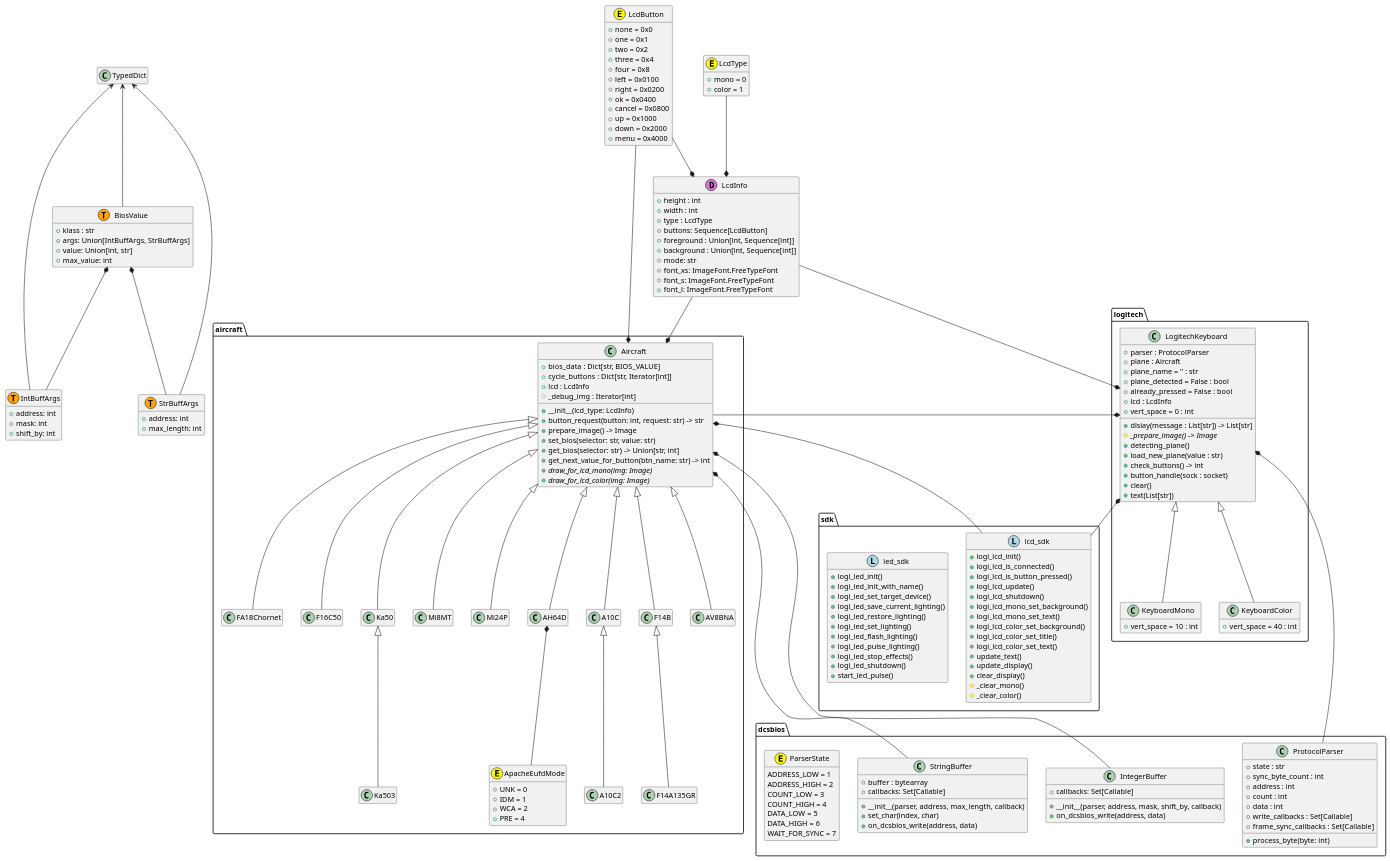
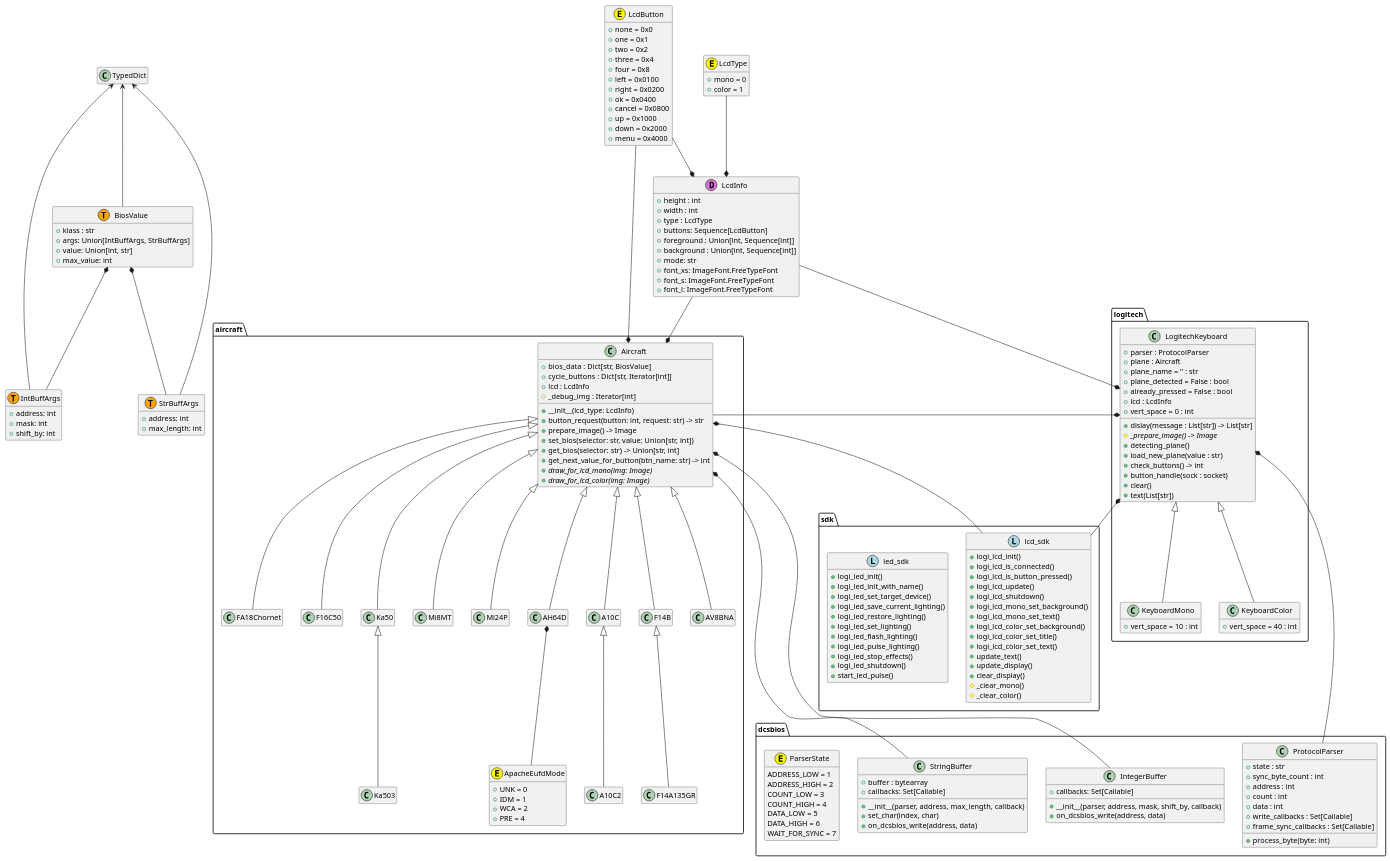
The diagram in uml/classes.puml (emcek/dcspy), drawn with PlantUML before and after one commit.

Commit message:
update UML

```diff
--- a/uml/classes.puml
+++ b/uml/classes.puml
@@ -83,14 +83,14 @@
     Aircraft <|-- AV8BNA
     AH64D *-- ApacheEufdMode
     class Aircraft {
-        + bios_data : Dict[str, BIOS_VALUE]
+        + bios_data : Dict[str, BiosValue]
         + cycle_buttons : Dict[str, Iterator[int]]
         + lcd : LcdInfo
         # _debug_img : Iterator[int]
         + __init__(lcd_type: LcdInfo)
         + button_request(button: int, request: str) -> str
         + prepare_image() -> Image
-        + set_bios(selector: str, value: str)
+        + set_bios(selector: str, value: Union[str, int])
         + get_bios(selector: str) -> Union[str, int]
         + get_next_value_for_button(btn_name: str) -> int
         + {abstract} draw_for_lcd_mono(img: Image)
```
